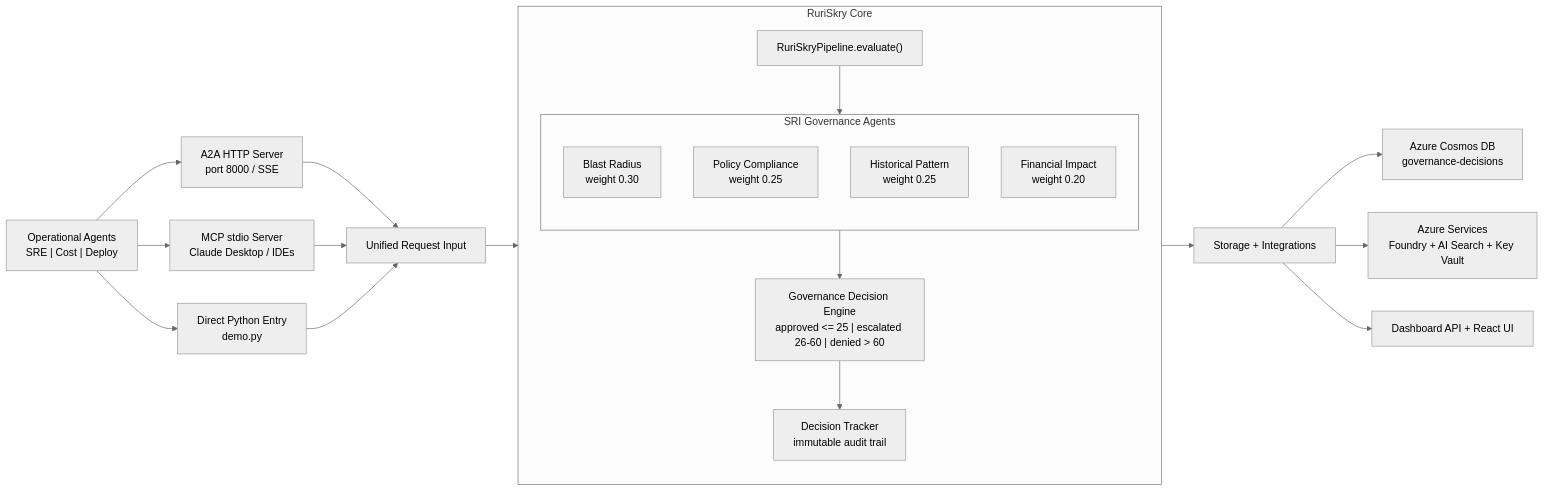
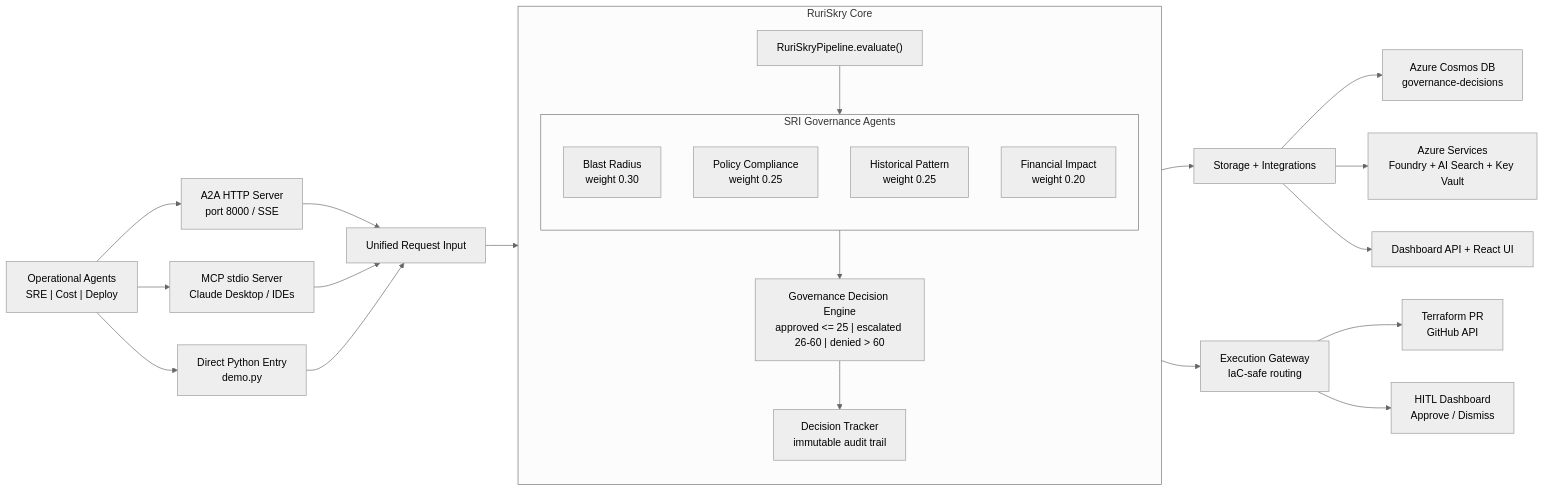
One commit to psc0des/ruriskry changed the diagram in README.md. Above: the diagram before and after it, drawn with Mermaid (neutral theme). The commit also changed other lines of this file and 6 other files, not shown here.

First line of the commit message:
docs: Phase 21 Execution Gateway & HITL — architecture docs + implementation guide

````diff
--- a/README.md
+++ b/README.md
@@ -67,40 +67,44 @@
 ```mermaid
 flowchart LR
     OPS["Operational Agents<br/>SRE | Cost | Deploy"]
     A2A["A2A HTTP Server<br/>port 8000 / SSE"]
     MCP["MCP stdio Server<br/>Claude Desktop / IDEs"]
     PY["Direct Python Entry<br/>demo.py"]
     IN["Unified Request Input"]
 
     OPS --> A2A
     OPS --> MCP
     OPS --> PY
     A2A --> IN
     MCP --> IN
     PY --> IN
 
     subgraph CORE["RuriSkry Core"]
         direction TB
         PIPE["RuriSkryPipeline.evaluate()"]
 
         subgraph GOV["SRI Governance Agents"]
             direction TB
             BR["Blast Radius<br/>weight 0.30"]
             POL["Policy Compliance<br/>weight 0.25"]
             HIST["Historical Pattern<br/>weight 0.25"]
             FIN["Financial Impact<br/>weight 0.20"]
         end
 
         PIPE --> GOV
         GOV --> ENGINE["Governance Decision Engine<br/>approved <= 25 | escalated 26-60 | denied > 60"]
         ENGINE --> TRACKER["Decision Tracker<br/>immutable audit trail"]
     end
 
     IN --> PIPE
 
     OUT["Storage + Integrations"]
     TRACKER --> OUT
     OUT --> COSMOS["Azure Cosmos DB<br/>governance-decisions"]
     OUT --> AZURE["Azure Services<br/>Foundry + AI Search + Key Vault"]
     OUT --> DASH["Dashboard API + React UI"]
+
+    TRACKER --> EXEC["Execution Gateway<br/>IaC-safe routing"]
+    EXEC --> PR["Terraform PR<br/>GitHub API"]
+    EXEC --> HITL["HITL Dashboard<br/>Approve / Dismiss"]
 ```
````
